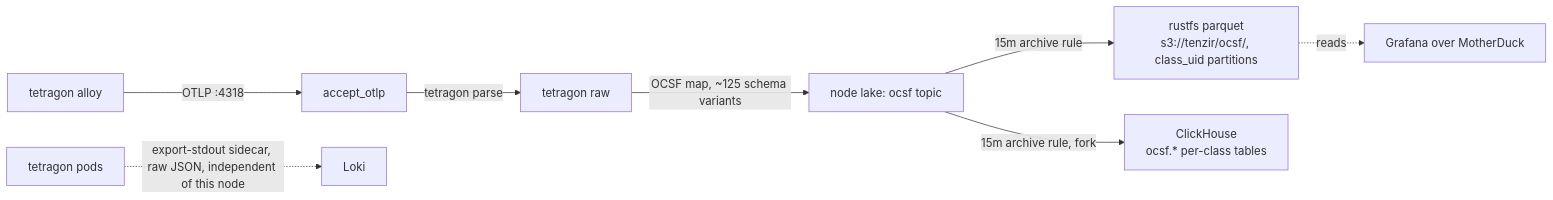
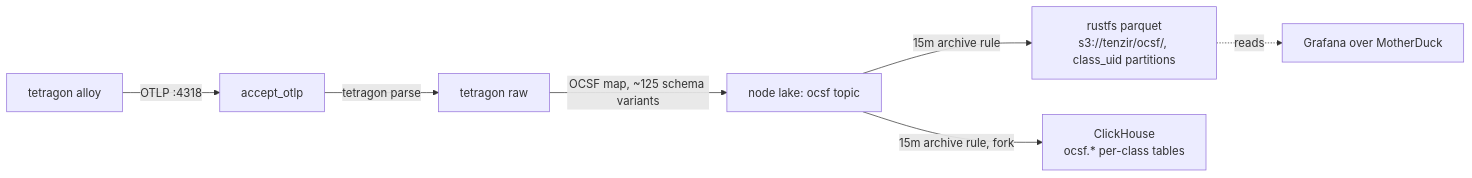
Before and after one commit to Apocrathia/homelab: the diagram in flux/manifests/03-services/observability/tenzir/nodes/tetragon/README.md, drawn with Mermaid. The commit also changed other lines of this file and 6 other files, not shown here.

First line of the commit message:
docs(observability): retire the raw-tetragon-in-Loki statements

````diff
--- a/flux/manifests/03-services/observability/tenzir/nodes/tetragon/README.md
+++ b/flux/manifests/03-services/observability/tenzir/nodes/tetragon/README.md
@@ -26,10 +26,9 @@
 ```mermaid
 flowchart LR
     TT[tetragon alloy] -->|"OTLP :4318"| AO[accept_otlp]
     AO -->|"tetragon parse"| TR["tetragon raw"]
     TR -->|"OCSF map, ~125 schema variants"| LAKE["node lake: ocsf topic"]
     LAKE -->|"15m archive rule"| S3["rustfs parquet<br/>s3://tenzir/ocsf/, class_uid partitions"]
     LAKE -->|"15m archive rule, fork"| CH["ClickHouse<br/>ocsf.* per-class tables"]
     S3 -.->|"reads"| GRAF["Grafana over MotherDuck"]
-    TP["tetragon pods"] -.->|"export-stdout sidecar, raw JSON, independent of this node"| LOKI[Loki]
 ```
````
